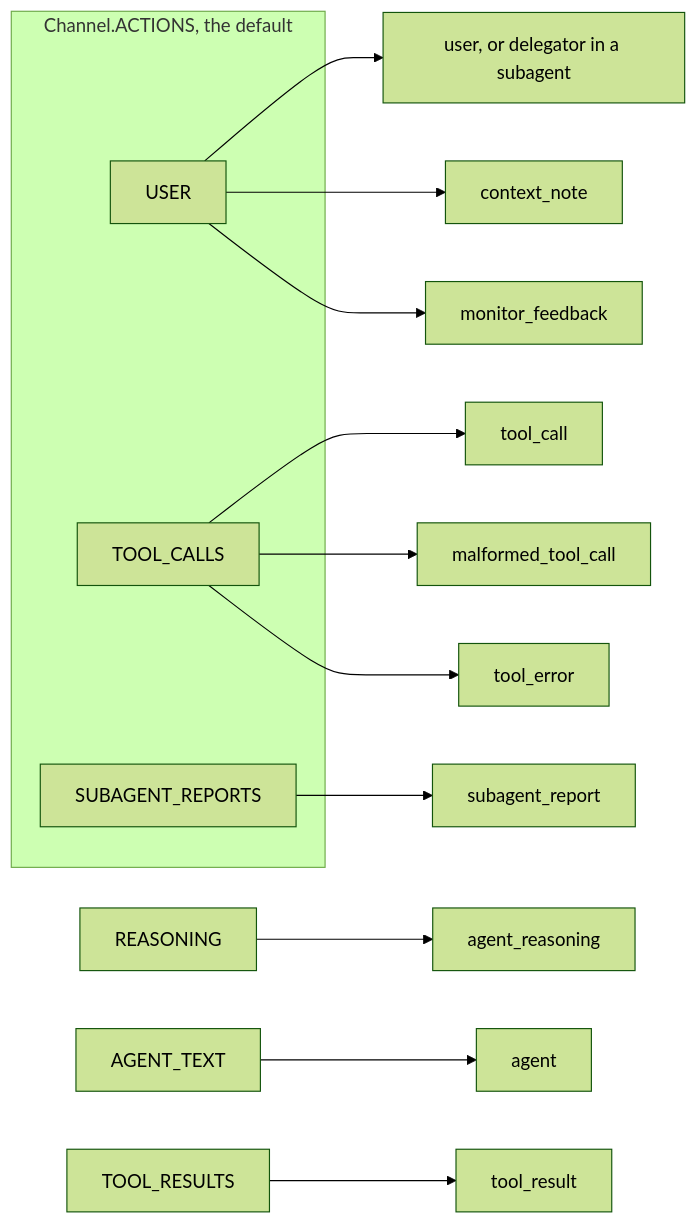
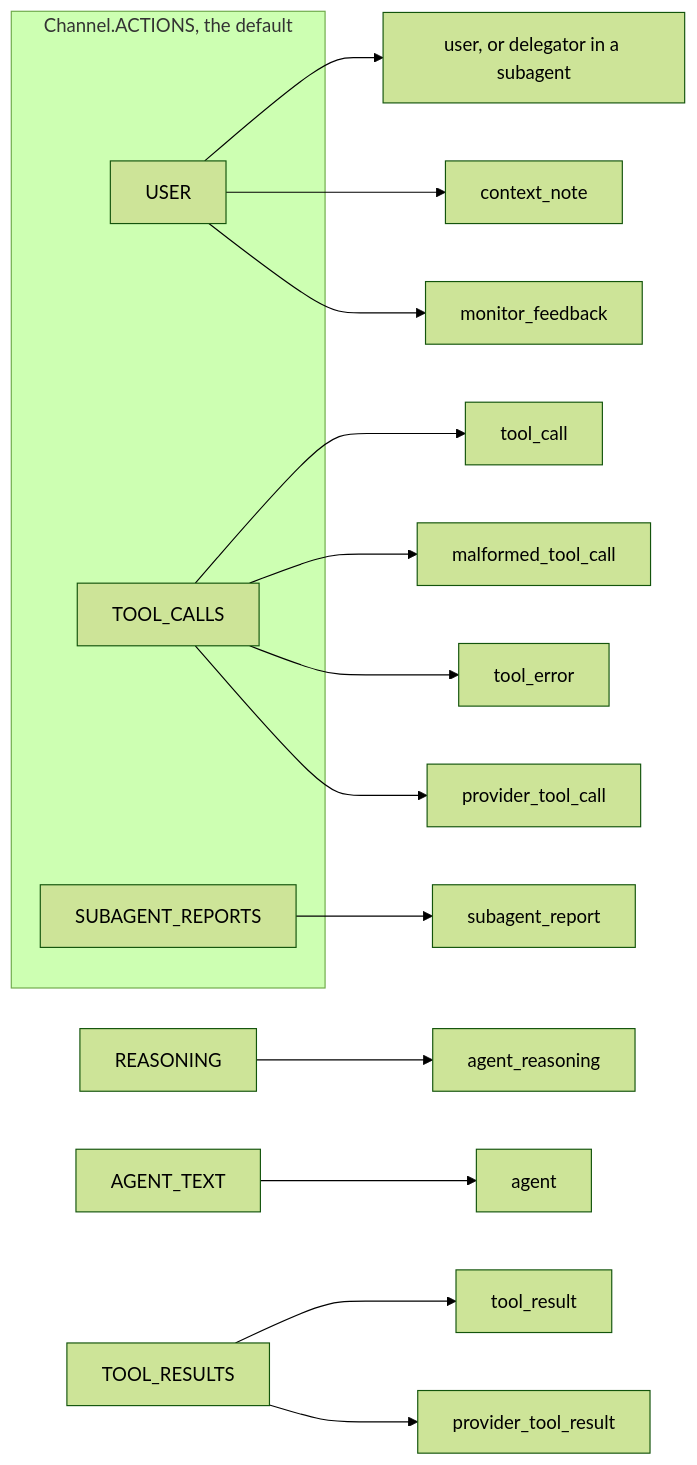
The diagram in docs/how-to/choose-what-the-monitor-reads.md (omamori-lab/langchain-sync-monitors), drawn with Mermaid (forest theme) before and after one commit. The commit also changed other lines of this file and 6 other files, not shown here.

````diff
--- a/docs/how-to/choose-what-the-monitor-reads.md
+++ b/docs/how-to/choose-what-the-monitor-reads.md
@@ -45,21 +45,23 @@
 ```mermaid
 flowchart LR
     subgraph actions ["Channel.ACTIONS, the default"]
         channelUser["USER"]
         channelCalls["TOOL_CALLS"]
         channelReports["SUBAGENT_REPORTS"]
     end
     channelReasoning["REASONING"]
     channelText["AGENT_TEXT"]
     channelResults["TOOL_RESULTS"]
     channelUser --> tagUser["user, or delegator in a subagent"]
     channelUser --> tagNote["context_note"]
     channelUser --> tagFeedback["monitor_feedback"]
     channelCalls --> tagCall["tool_call"]
     channelCalls --> tagMalformed["malformed_tool_call"]
     channelCalls --> tagError["tool_error"]
+    channelCalls --> tagProviderCall["provider_tool_call"]
     channelReports --> tagReport["subagent_report"]
     channelReasoning --> tagReasoning["agent_reasoning"]
     channelText --> tagAgent["agent"]
     channelResults --> tagResult["tool_result"]
+    channelResults --> tagProviderResult["provider_tool_result"]
 ```
````
